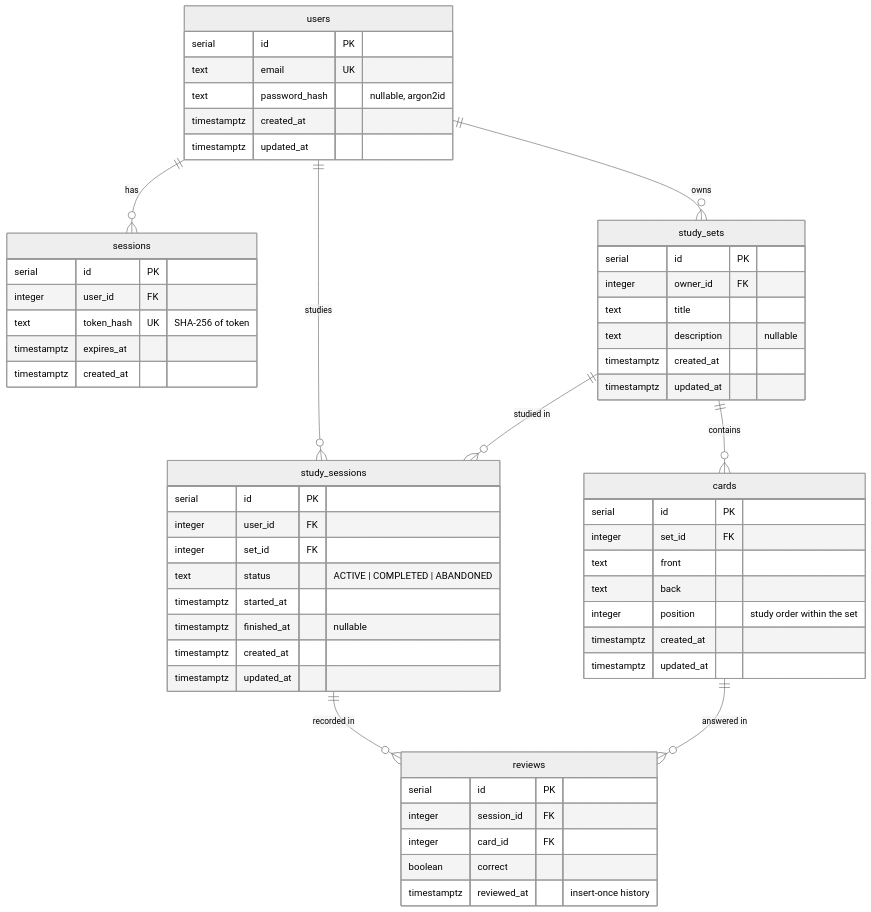
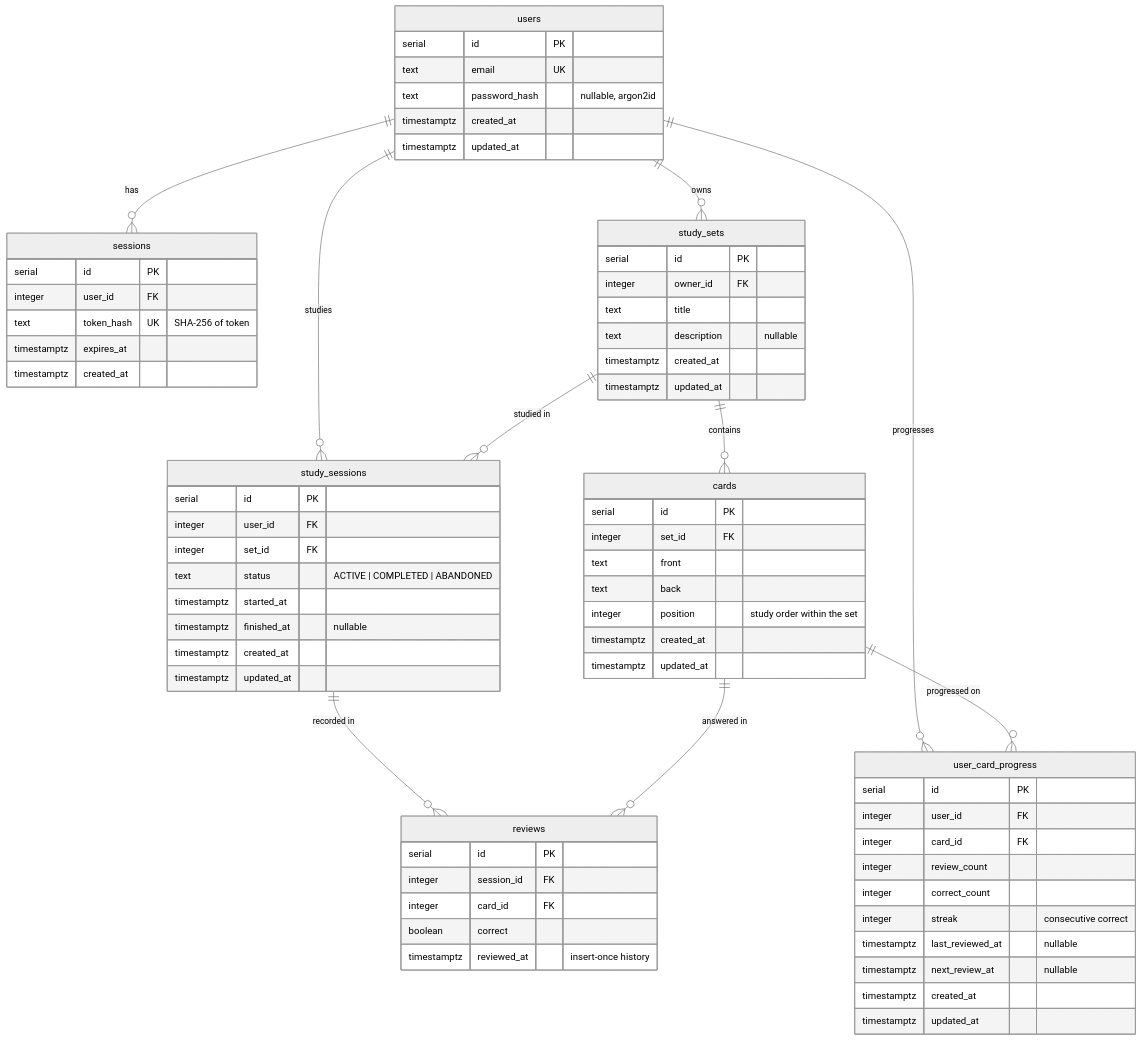
One commit to danisolation/recall changed the diagram in docs/database/schema.md. Above: the diagram before and after it, drawn with Mermaid (neutral theme). The commit also changed other lines of this file and 5 other files, not shown here.

Commit message:
feat(db): add user_card_progress table and migration

````diff
--- a/docs/database/schema.md
+++ b/docs/database/schema.md
@@ -87,58 +104,72 @@
 ```mermaid
 erDiagram
     users ||--o{ sessions : "has"
     users ||--o{ study_sets : "owns"
     study_sets ||--o{ cards : "contains"
     users ||--o{ study_sessions : "studies"
     study_sets ||--o{ study_sessions : "studied in"
     study_sessions ||--o{ reviews : "recorded in"
     cards ||--o{ reviews : "answered in"
+    users ||--o{ user_card_progress : "progresses"
+    cards ||--o{ user_card_progress : "progressed on"
     users {
         serial id PK
         text email UK
         text password_hash "nullable, argon2id"
         timestamptz created_at
         timestamptz updated_at
     }
     sessions {
         serial id PK
         integer user_id FK
         text token_hash UK "SHA-256 of token"
         timestamptz expires_at
         timestamptz created_at
     }
     study_sets {
         serial id PK
         integer owner_id FK
         text title
         text description "nullable"
         timestamptz created_at
         timestamptz updated_at
     }
     cards {
         serial id PK
         integer set_id FK
         text front
         text back
         integer position "study order within the set"
         timestamptz created_at
         timestamptz updated_at
     }
     study_sessions {
         serial id PK
         integer user_id FK
         integer set_id FK
         text status "ACTIVE | COMPLETED | ABANDONED"
         timestamptz started_at
         timestamptz finished_at "nullable"
         timestamptz created_at
         timestamptz updated_at
     }
     reviews {
         serial id PK
         integer session_id FK
         integer card_id FK
         boolean correct
         timestamptz reviewed_at "insert-once history"
     }
+    user_card_progress {
+        serial id PK
+        integer user_id FK
+        integer card_id FK
+        integer review_count
+        integer correct_count
+        integer streak "consecutive correct"
+        timestamptz last_reviewed_at "nullable"
+        timestamptz next_review_at "nullable"
+        timestamptz created_at
+        timestamptz updated_at
+    }
 ```
````
